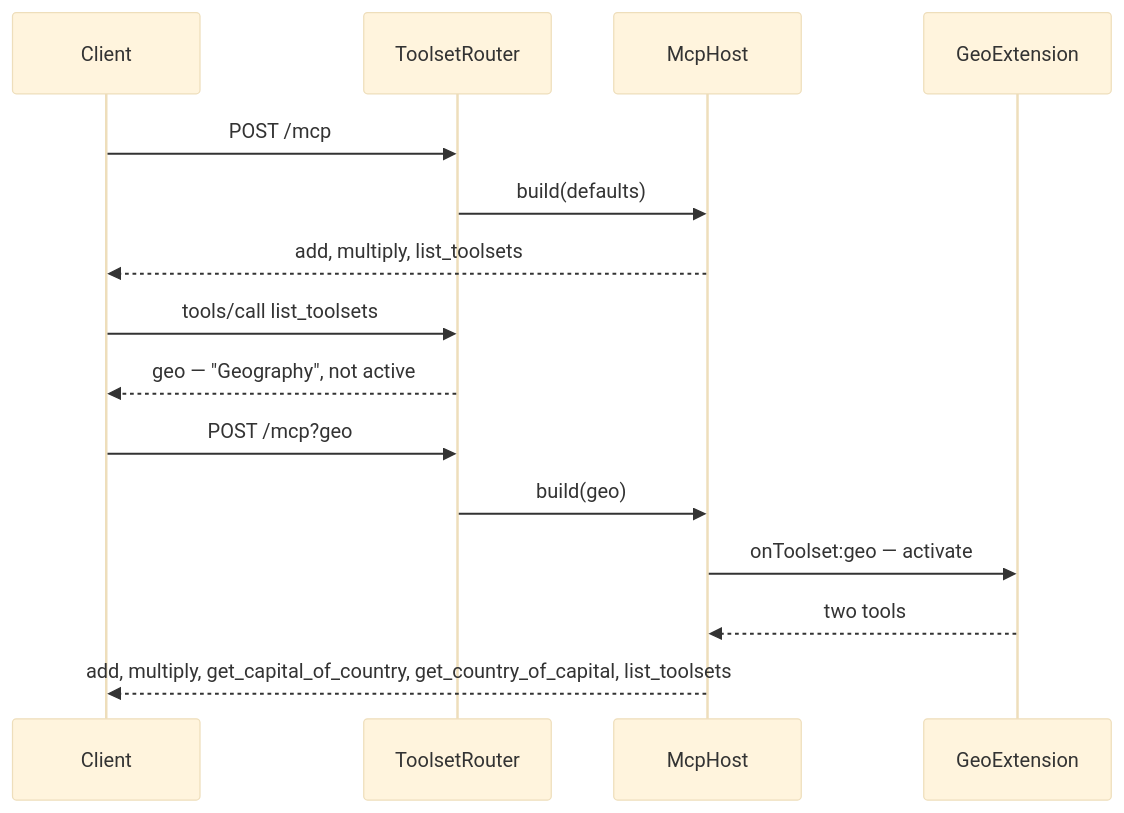
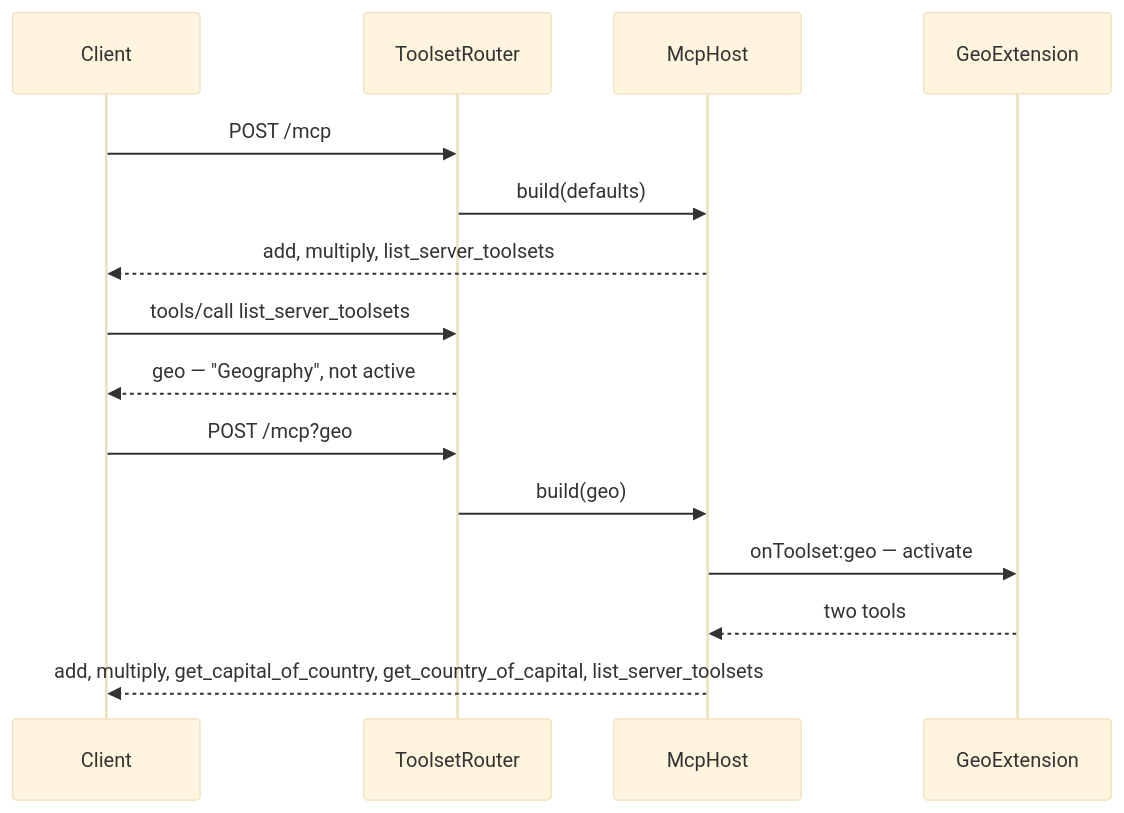
Before and after one commit to datalayer/reactor: the diagram in docs/docs/mcp-server/example-toolsets.md, drawn with Mermaid (base theme). The commit also changed other lines of this file and 13 other files, not shown here.

Commit message:
Start a plugin woken after start and stop one stood down; drop built servers when a URL wakes an extension; stop the host on CLI exit; list_server_toolsets, never shadowing an extension's tool

````diff
--- a/docs/docs/mcp-server/example-toolsets.md
+++ b/docs/docs/mcp-server/example-toolsets.md
@@ -112,18 +112,18 @@
 ```mermaid
 sequenceDiagram
   participant Client
   participant Router as ToolsetRouter
   participant Host as McpHost
   participant Geo as GeoExtension
 
   Client->>Router: POST /mcp
   Router->>Host: build(defaults)
-  Host-->>Client: add, multiply, list_toolsets
-  Client->>Router: tools/call list_toolsets
+  Host-->>Client: add, multiply, list_server_toolsets
+  Client->>Router: tools/call list_server_toolsets
   Router-->>Client: geo — "Geography", not active
   Client->>Router: POST /mcp?geo
   Router->>Host: build(geo)
   Host->>Geo: onToolset:geo — activate
   Geo-->>Host: two tools
-  Host-->>Client: add, multiply, get_capital_of_country, get_country_of_capital, list_toolsets
+  Host-->>Client: add, multiply, get_capital_of_country, get_country_of_capital, list_server_toolsets
 ```
````
